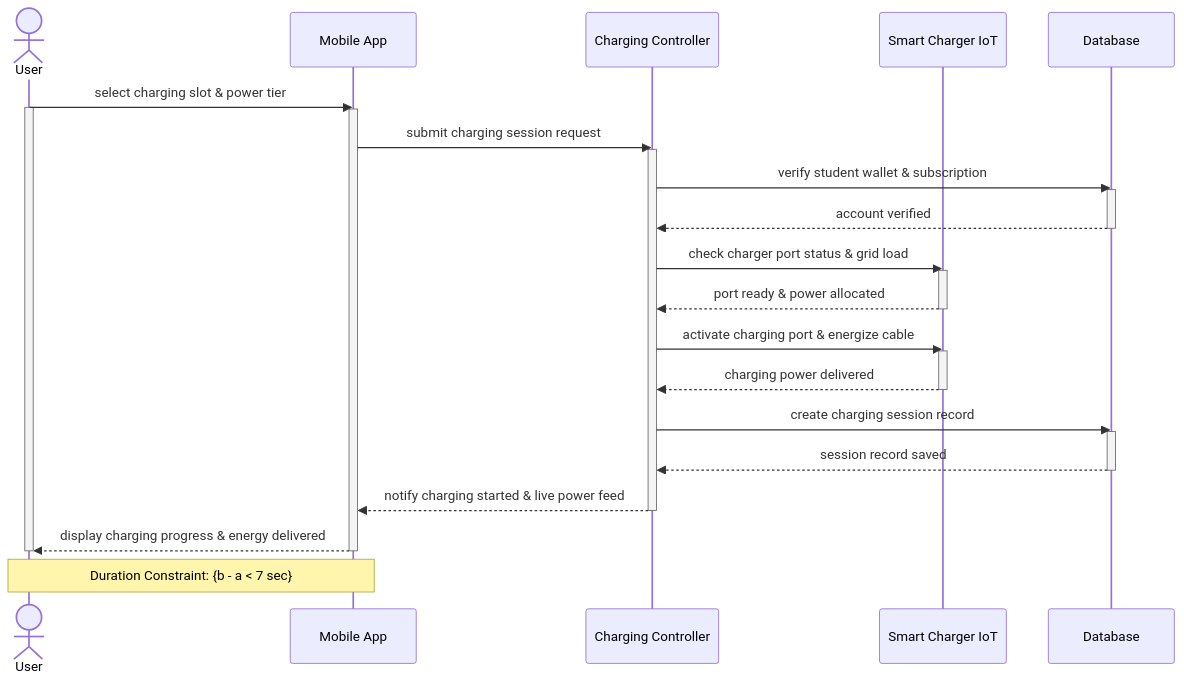
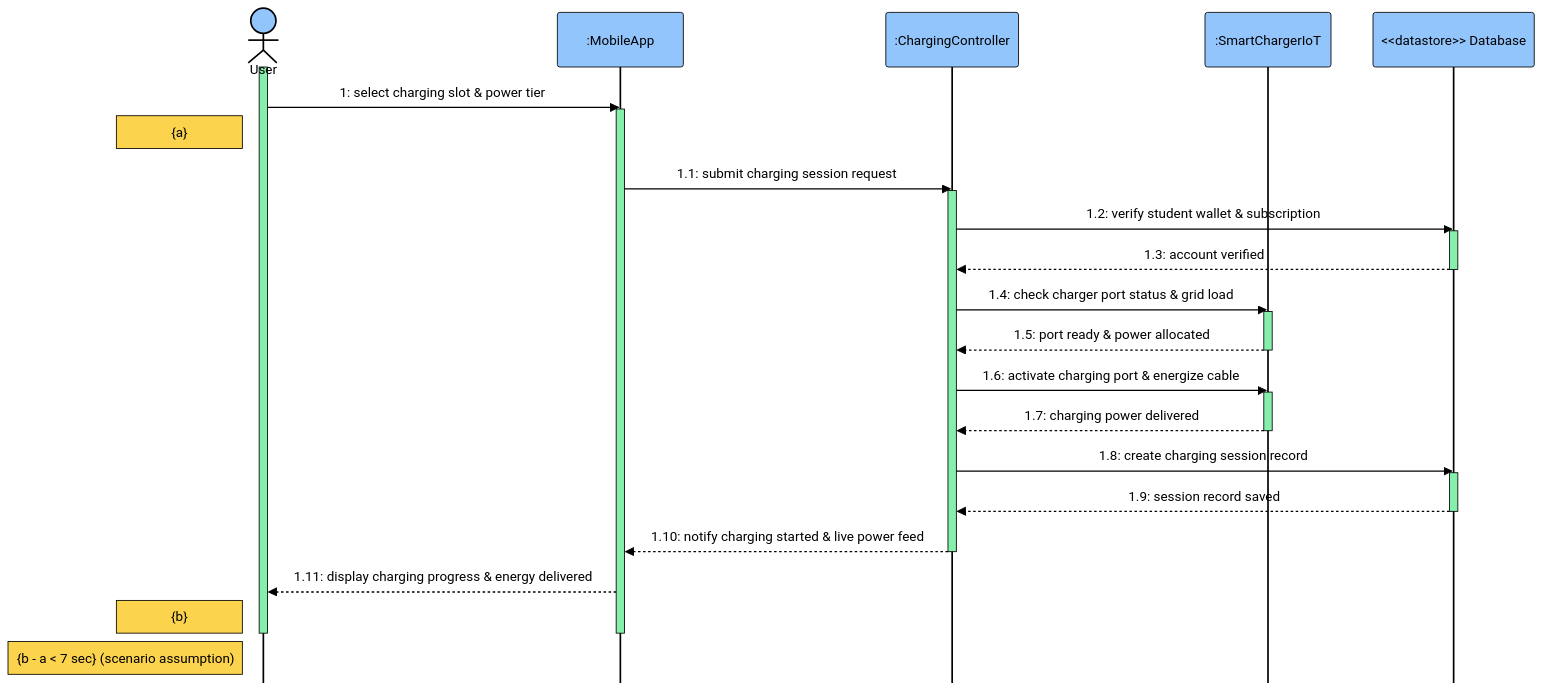
One commit to YdtTran/software-engineerning changed the eighth of 14 diagrams in 01_Diagram/02_Sequence_Diagram/PLANTUML_SEQUENCE.md. Above: the diagram before and after it, drawn with Mermaid. The commit also changed other lines of this file and 217 other files, not shown here.

````diff
--- a/01_Diagram/02_Sequence_Diagram/PLANTUML_SEQUENCE.md
+++ b/01_Diagram/02_Sequence_Diagram/PLANTUML_SEQUENCE.md
@@ -373,36 +411,38 @@
 ```mermaid
-sequenceDiagram
-    actor User as User
-    participant App as Mobile App
-    participant Ctrl as Charging Controller
-    participant Charger as Smart Charger IoT
-    participant DB as Database
-
-    User->>App: select charging slot & power tier
-    activate User
-    activate App
-    App->>Ctrl: submit charging session request
-    activate Ctrl
-    Ctrl->>DB: verify student wallet & subscription
-    activate DB
-    DB-->>Ctrl: account verified
-    deactivate DB
-    Ctrl->>Charger: check charger port status & grid load
-    activate Charger
-    Charger-->>Ctrl: port ready & power allocated
-    deactivate Charger
-    Ctrl->>Charger: activate charging port & energize cable
-    activate Charger
-    Charger-->>Ctrl: charging power delivered
-    deactivate Charger
-    Ctrl->>DB: create charging session record
-    activate DB
-    DB-->>Ctrl: session record saved
-    deactivate DB
-    Ctrl-->>App: notify charging started & live power feed
-    deactivate Ctrl
-    App-->>User: display charging progress & energy delivered
-    deactivate App
-    deactivate User
-    Note over User,App: Duration Constraint: {b - a < 7 sec}
+%%{init: {"theme":"base","fontFamily":"Segoe UI","themeVariables":{"fontSize":"16px","textColor":"#000000","primaryTextColor":"#000000","actorTextColor":"#000000","signalTextColor":"#000000","noteTextColor":"#000000","labelTextColor":"#000000","loopTextColor":"#000000","actorBkg":"#93c5fd","actorBorder":"#000000","activationBkgColor":"#86efac","activationBorderColor":"#000000","noteBkgColor":"#fcd34d","noteBorderColor":"#000000","labelBoxBorderColor":"#000000","labelBoxBkgColor":"#93c5fd","background":"#ffffff"},"sequence":{"actorFontSize":18,"messageFontSize":16,"noteFontSize":14,"mirrorActors":false}}}%%
+    sequenceDiagram
+        actor P0 as User
+        participant P1 as :MobileApp
+        participant P2 as :ChargingController
+        participant P3 as :SmartChargerIoT
+        participant P4 as <<datastore>> Database
+    activate P0
+    P0->>P1: 1: select charging slot & power tier
+    activate P1
+    Note left of P0: {a}
+    P1->>P2: 1.1: submit charging session request
+    activate P2
+    P2->>P4: 1.2: verify student wallet & subscription
+    activate P4
+    P4-->>P2: 1.3: account verified
+    deactivate P4
+    P2->>P3: 1.4: check charger port status & grid load
+    activate P3
+    P3-->>P2: 1.5: port ready & power allocated
+    deactivate P3
+    P2->>P3: 1.6: activate charging port & energize cable
+    activate P3
+    P3-->>P2: 1.7: charging power delivered
+    deactivate P3
+    P2->>P4: 1.8: create charging session record
+    activate P4
+    P4-->>P2: 1.9: session record saved
+    deactivate P4
+    P2-->>P1: 1.10: notify charging started & live power feed
+    deactivate P2
+    P1-->>P0: 1.11: display charging progress & energy delivered
+    Note left of P0: {b}
+    deactivate P0
+    deactivate P1
+    Note left of P0: {b - a < 7 sec} (scenario assumption)
 ```
````
